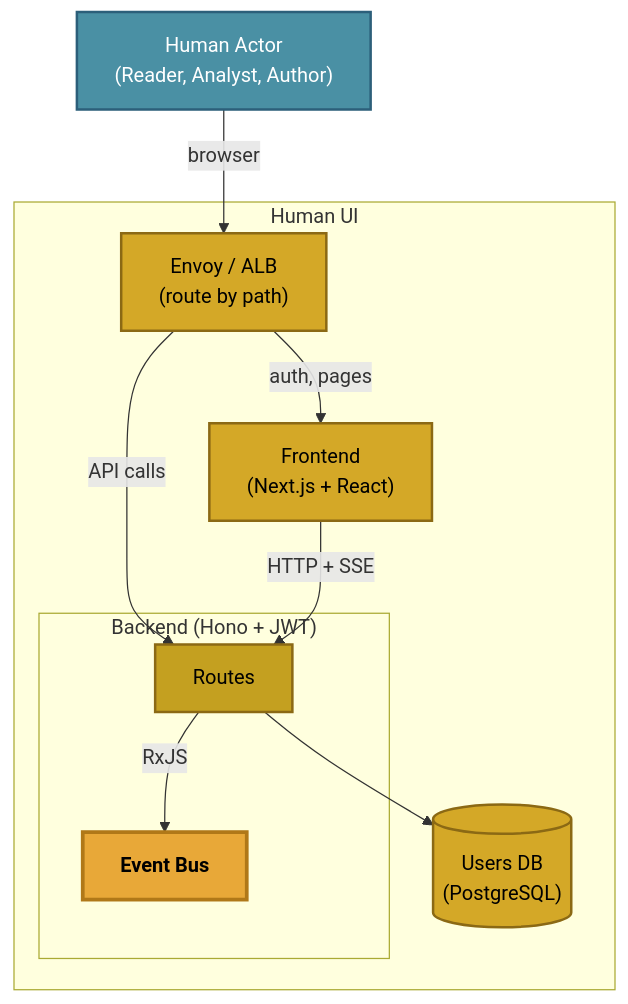
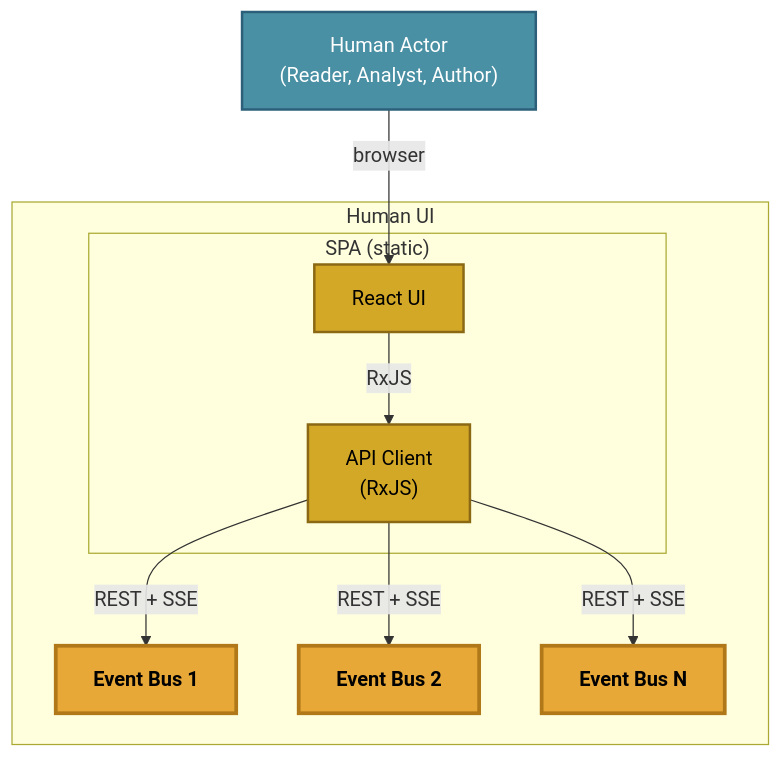
The second of 3 diagrams in docs/ARCHITECTURE.md (The-AI-Alliance/semiont), drawn with Mermaid before and after one commit. The commit also changed other lines of this file, not shown here.

Commit message:
update architecture doc and diagrams

````diff
--- a/docs/ARCHITECTURE.md
+++ b/docs/ARCHITECTURE.md
@@ -78,31 +78,30 @@
 ```mermaid
 graph TB
-    HUMAN["Human Actor<br/>(Reader, Analyst, Author)"] -->|browser| PROXY
+    HUMAN["Human Actor<br/>(Reader, Analyst, Author)"] -->|browser| FE
 
     subgraph ui ["Human UI"]
-        PROXY["Envoy / ALB<br/>(route by path)"]
-        FE["Frontend<br/>(Next.js + React)"]
-        DB[("Users DB<br/>(PostgreSQL)")]
-
-        subgraph backend ["Backend (Hono + JWT)"]
-            BE["Routes"]
-            BUS["Event Bus"]
-            BE -->|RxJS| BUS
+        subgraph spa ["SPA (static)"]
+            FE["React UI"]
+            API["API Client<br/>(RxJS)"]
+            FE -->|RxJS| API
         end
 
-        PROXY -->|"auth, pages"| FE
-        PROXY -->|"API calls"| BE
-        FE -->|"HTTP + SSE"| BE
-        BE --> DB
+        BUS1["Event Bus 1"]
+        BUS2["Event Bus 2"]
+        BUSN["Event Bus N"]
+
+        API -->|"REST + SSE"| BUS1
+        API -->|"REST + SSE"| BUS2
+        API -->|"REST + SSE"| BUSN
     end
 
     classDef actor fill:#4a90a4,stroke:#2c5f7a,stroke-width:2px,color:#fff
     classDef ui fill:#d4a827,stroke:#8b6914,stroke-width:2px,color:#000
     classDef bus fill:#e8a838,stroke:#b07818,stroke-width:3px,color:#000,font-weight:bold
-    classDef backend fill:#c4a020,stroke:#8b6914,stroke-width:2px,color:#000
+    classDef client fill:#d4a827,stroke:#8b6914,stroke-width:2px,color:#000
 
     class HUMAN actor
-    class PROXY,FE,DB ui
-    class BE backend
-    class BUS bus
+    class FE ui
+    class API client
+    class BUS1,BUS2,BUSN bus
 ```
````
